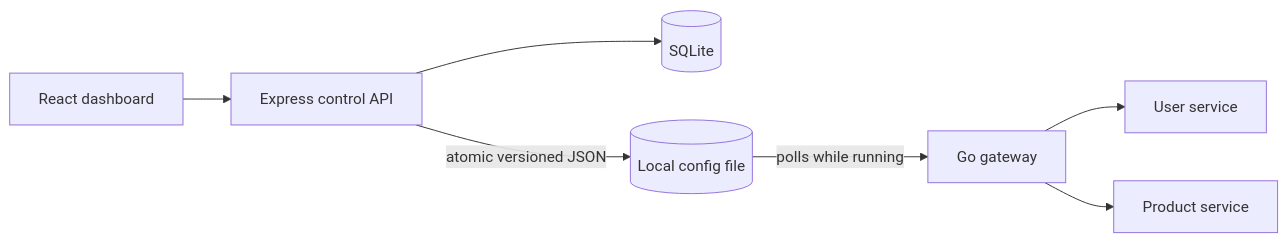
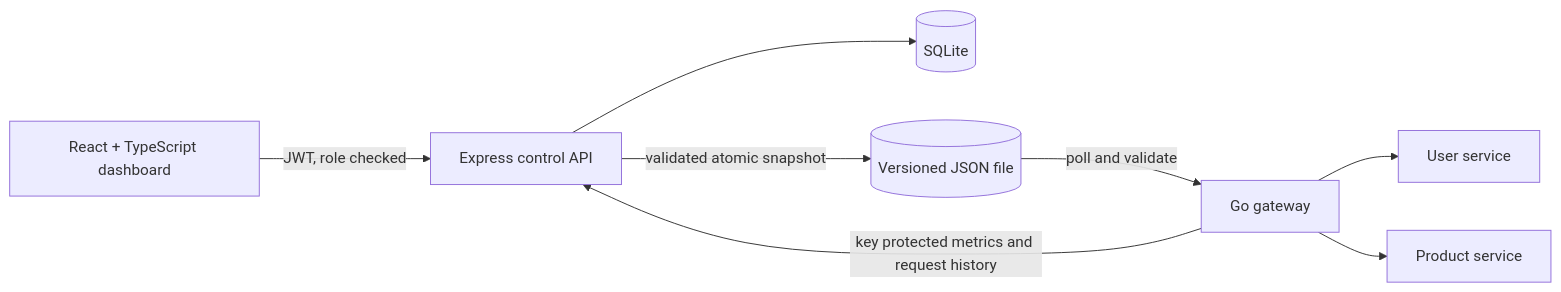
The first of 3 diagrams in docs/architecture.md (allurichaithra/Gatekeeper), drawn with Mermaid before and after one commit. The commit also changed other lines of this file and 29 other files, not shown here.

````diff
--- a/docs/architecture.md
+++ b/docs/architecture.md
@@ -5,9 +5,10 @@
 ```mermaid
 flowchart LR
-  Browser[React dashboard] --> Control[Express control API]
-  Control --> SQLite[(SQLite)]
-  Control -->|atomic versioned JSON| Shared[(Local config file)]
-  Shared -->|polls while running| Gateway[Go gateway]
-  Gateway --> Users[User service]
-  Gateway --> Products[Product service]
+  UI[React + TypeScript dashboard] -->|JWT, role checked| API[Express control API]
+  API --> DB[(SQLite)]
+  API -->|validated atomic snapshot| JSON[(Versioned JSON file)]
+  JSON -->|poll and validate| GW[Go gateway]
+  GW --> U[User service]
+  GW --> P[Product service]
+  GW -->|key protected metrics and request history| API
 ```
````
